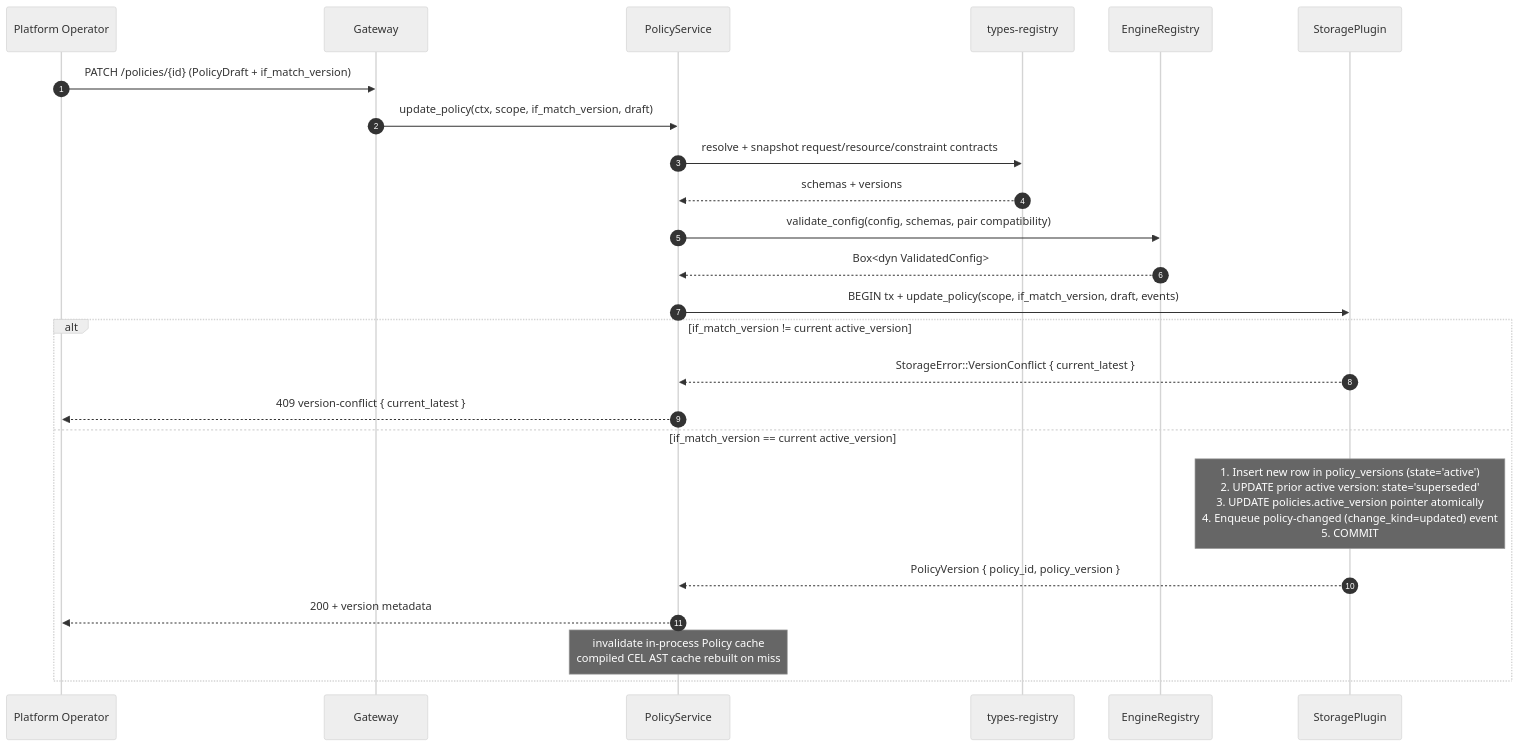
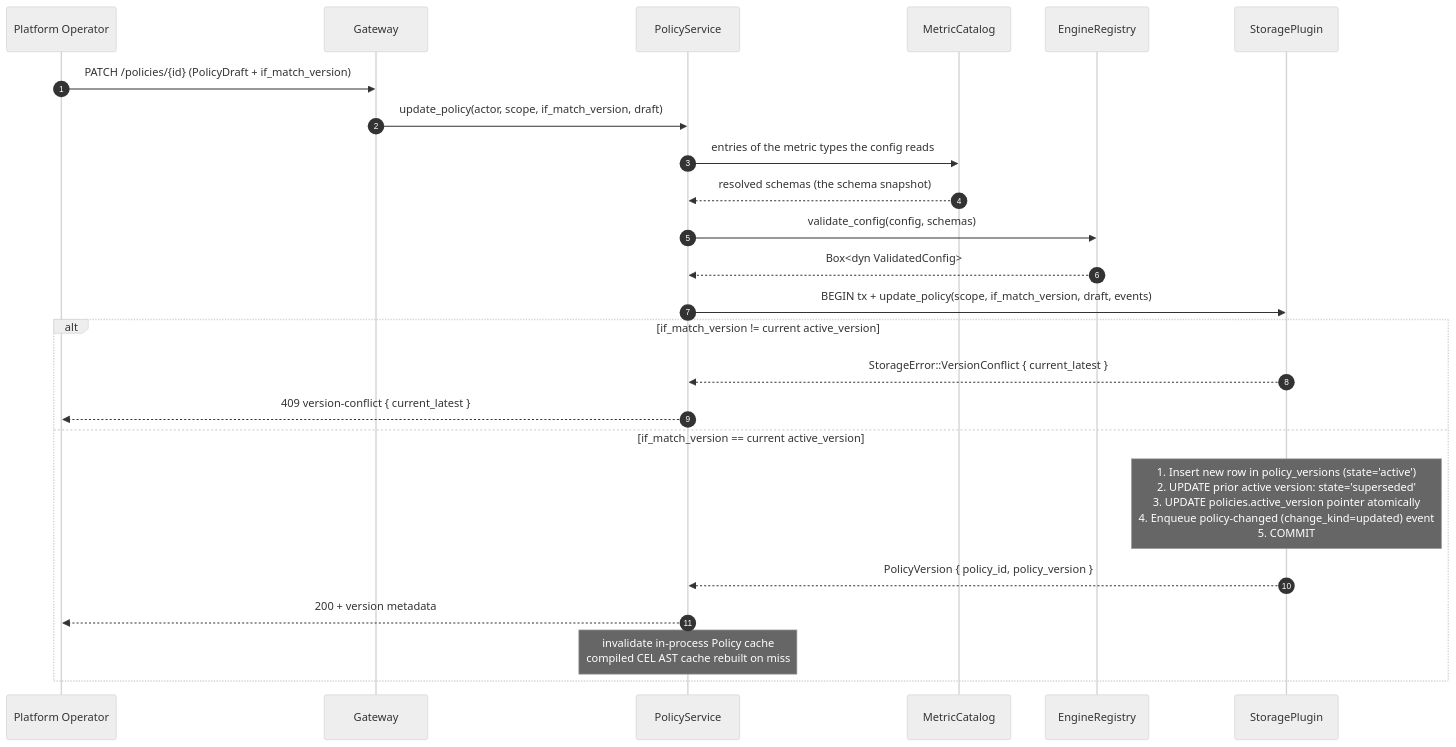
Diagram 17 of 18 in gears/system/quota-enforcement/docs/DESIGN.md (constructorfabric/gears-rust), drawn with Mermaid (neutral theme) before and after one commit. The commit also changed other lines of this file and 48 other files, not shown here.

````diff
--- a/gears/system/quota-enforcement/docs/DESIGN.md
+++ b/gears/system/quota-enforcement/docs/DESIGN.md
@@ -2179,27 +2447,27 @@
 ```mermaid
 sequenceDiagram
     autonumber
     participant Op as Platform Operator
     participant GW as Gateway
     participant PS as PolicyService
-    participant TR as types-registry
+    participant MC as MetricCatalog
     participant ER as EngineRegistry
     participant SP as StoragePlugin
 
     Op ->> GW: PATCH /policies/{id} (PolicyDraft + if_match_version)
-    GW ->> PS: update_policy(ctx, scope, if_match_version, draft)
-    PS ->> TR: resolve + snapshot request/resource/constraint contracts
-    TR -->> PS: schemas + versions
-    PS ->> ER: validate_config(config, schemas, pair compatibility)
+    GW ->> PS: update_policy(actor, scope, if_match_version, draft)
+    PS ->> MC: entries of the metric types the config reads
+    MC -->> PS: resolved schemas (the schema snapshot)
+    PS ->> ER: validate_config(config, schemas)
     ER -->> PS: Box<dyn ValidatedConfig>
     PS ->> SP: BEGIN tx + update_policy(scope, if_match_version, draft, events)
     alt if_match_version != current active_version
         SP -->> PS: StorageError::VersionConflict { current_latest }
         PS -->> Op: 409 version-conflict { current_latest }
     else if_match_version == current active_version
         Note over SP: 1. Insert new row in policy_versions (state='active')<br/>2. UPDATE prior active version: state='superseded'<br/>3. UPDATE policies.active_version pointer atomically<br/>4. Enqueue policy-changed (change_kind=updated) event<br/>5. COMMIT
         SP -->> PS: PolicyVersion { policy_id, policy_version }
         PS -->> Op: 200 + version metadata
         Note over PS: invalidate in-process Policy cache<br/>compiled CEL AST cache rebuilt on miss
     end
 ```
````
